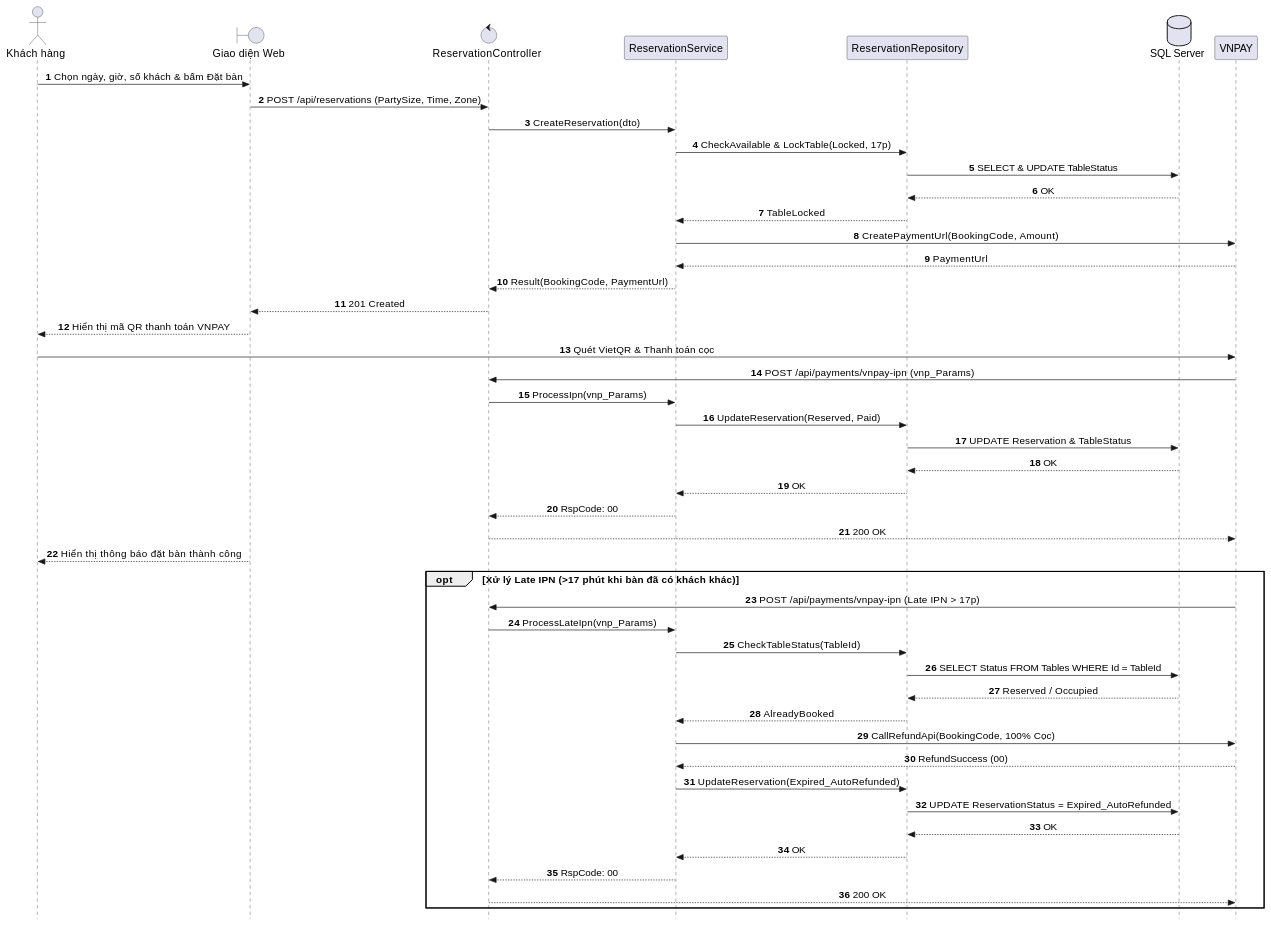
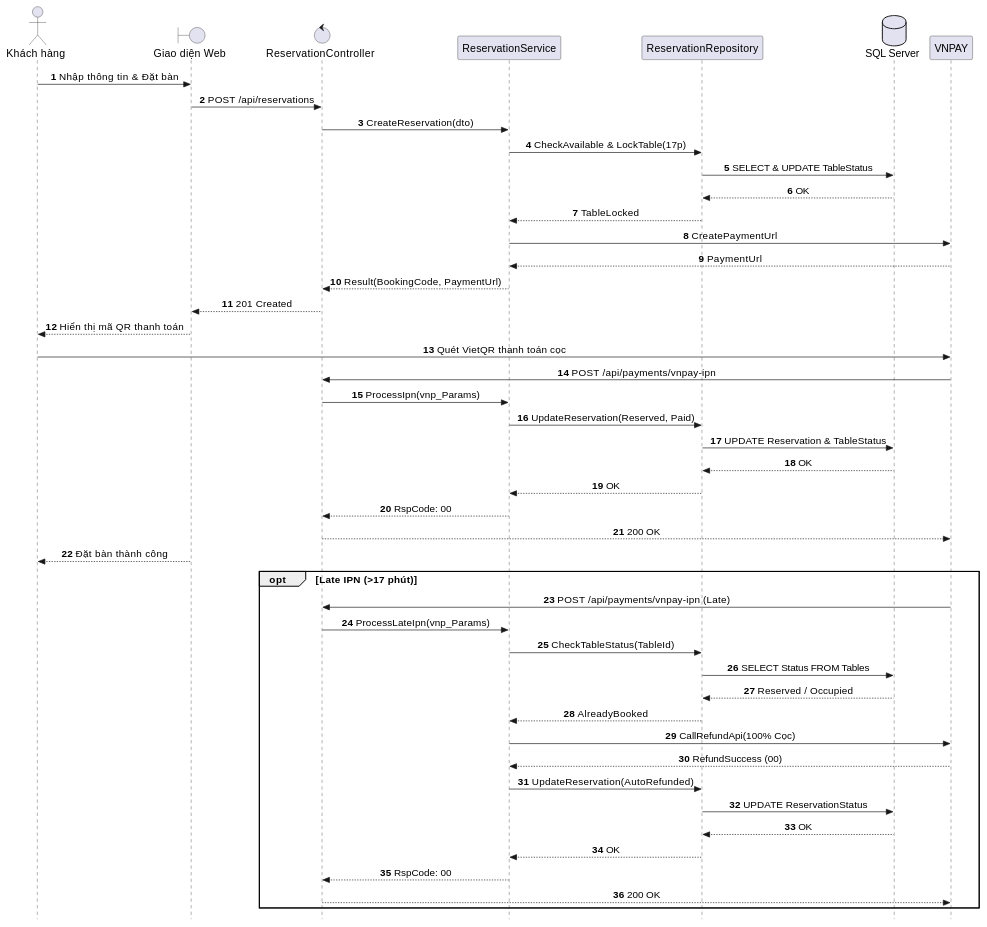
Before and after one commit to AndrewQng/VinDining: the diagram in docs/use-cases/UC-U1_Dat_Ban_Va_Dat_Coc.md, drawn with PlantUML. The commit also changed other lines of this file and 87 other files, not shown here.

Commit message:
docs: add phase 1 use case specifications, sequence diagrams, and architecture diagrams

````diff
--- a/docs/use-cases/UC-U1_Dat_Ban_Va_Dat_Coc.md
+++ b/docs/use-cases/UC-U1_Dat_Ban_Va_Dat_Coc.md
@@ -1,64 +32,64 @@
 ```plantuml
 @startuml SD_UC_U1_Reservation_Deposit
 autonumber
 skinparam style strictuml
 skinparam sequenceMessageAlign center
 skinparam responseMessageBelowArrow true
 skinparam defaultFontName "Segoe UI", Arial, sans-serif
 skinparam defaultFontSize 16
 skinparam sequenceActorFontSize 16
 skinparam sequenceParticipantFontSize 16
 skinparam sequenceArrowFontSize 15
 skinparam sequenceGroupFontSize 15
 skinparam sequenceGroupHeaderFontSize 15
 
 actor "Khách hàng" as Guest
 boundary "Giao diện Web" as UI
 control "ReservationController" as Controller
 participant "ReservationService" as Service
 participant "ReservationRepository" as Repo
 database "SQL Server" as DB
 participant "VNPAY" as VNPAY
 
-Guest -> UI: Chọn ngày, giờ, số khách & bấm Đặt bàn
-UI -> Controller: POST /api/reservations (PartySize, Time, Zone)
+Guest -> UI: Nhập thông tin & Đặt bàn
+UI -> Controller: POST /api/reservations
 Controller -> Service: CreateReservation(dto)
-Service -> Repo: CheckAvailable & LockTable(Locked, 17p)
+Service -> Repo: CheckAvailable & LockTable(17p)
 Repo -> DB: SELECT & UPDATE TableStatus
 DB --> Repo: OK
 Repo --> Service: TableLocked
-Service -> VNPAY: CreatePaymentUrl(BookingCode, Amount)
+Service -> VNPAY: CreatePaymentUrl
 VNPAY --> Service: PaymentUrl
 Service --> Controller: Result(BookingCode, PaymentUrl)
 Controller --> UI: 201 Created
-UI --> Guest: Hiển thị mã QR thanh toán VNPAY
+UI --> Guest: Hiển thị mã QR thanh toán
 
-Guest -> VNPAY: Quét VietQR & Thanh toán cọc
-VNPAY -> Controller: POST /api/payments/vnpay-ipn (vnp_Params)
+Guest -> VNPAY: Quét VietQR thanh toán cọc
+VNPAY -> Controller: POST /api/payments/vnpay-ipn
 Controller -> Service: ProcessIpn(vnp_Params)
 Service -> Repo: UpdateReservation(Reserved, Paid)
 Repo -> DB: UPDATE Reservation & TableStatus
 DB --> Repo: OK
 Repo --> Service: OK
 Service --> Controller: RspCode: 00
 Controller --> VNPAY: 200 OK
-UI --> Guest: Hiển thị thông báo đặt bàn thành công
+UI --> Guest: Đặt bàn thành công
 
-opt Xử lý Late IPN (>17 phút khi bàn đã có khách khác)
-    VNPAY -> Controller: POST /api/payments/vnpay-ipn (Late IPN > 17p)
+opt Late IPN (>17 phút)
+    VNPAY -> Controller: POST /api/payments/vnpay-ipn (Late)
     Controller -> Service: ProcessLateIpn(vnp_Params)
     Service -> Repo: CheckTableStatus(TableId)
-    Repo -> DB: SELECT Status FROM Tables WHERE Id = TableId
+    Repo -> DB: SELECT Status FROM Tables
     DB --> Repo: Reserved / Occupied
     Repo --> Service: AlreadyBooked
-    Service -> VNPAY: CallRefundApi(BookingCode, 100% Cọc)
+    Service -> VNPAY: CallRefundApi(100% Cọc)
     VNPAY --> Service: RefundSuccess (00)
-    Service -> Repo: UpdateReservation(Expired_AutoRefunded)
-    Repo -> DB: UPDATE ReservationStatus = Expired_AutoRefunded
+    Service -> Repo: UpdateReservation(AutoRefunded)
+    Repo -> DB: UPDATE ReservationStatus
     DB --> Repo: OK
     Repo --> Service: OK
     Service --> Controller: RspCode: 00
     Controller --> VNPAY: 200 OK
 end
 @enduml
 ```
````
